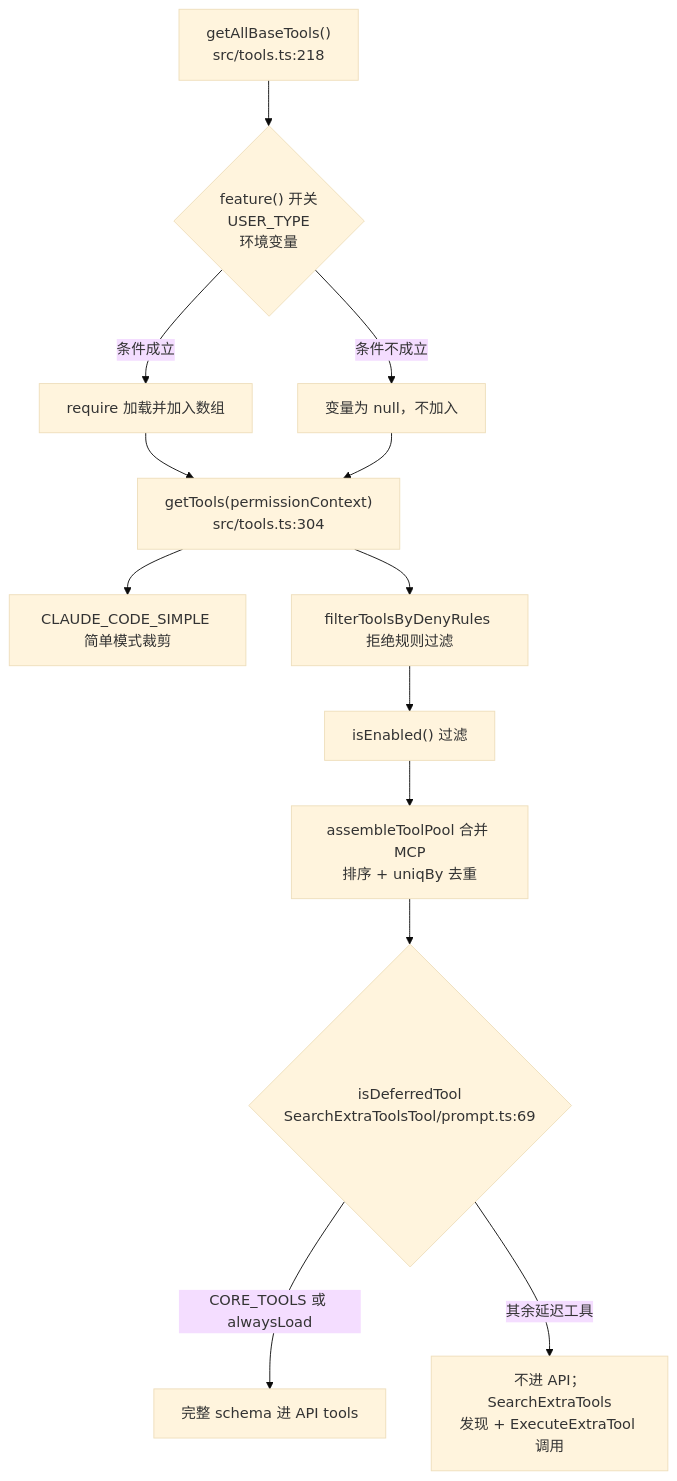
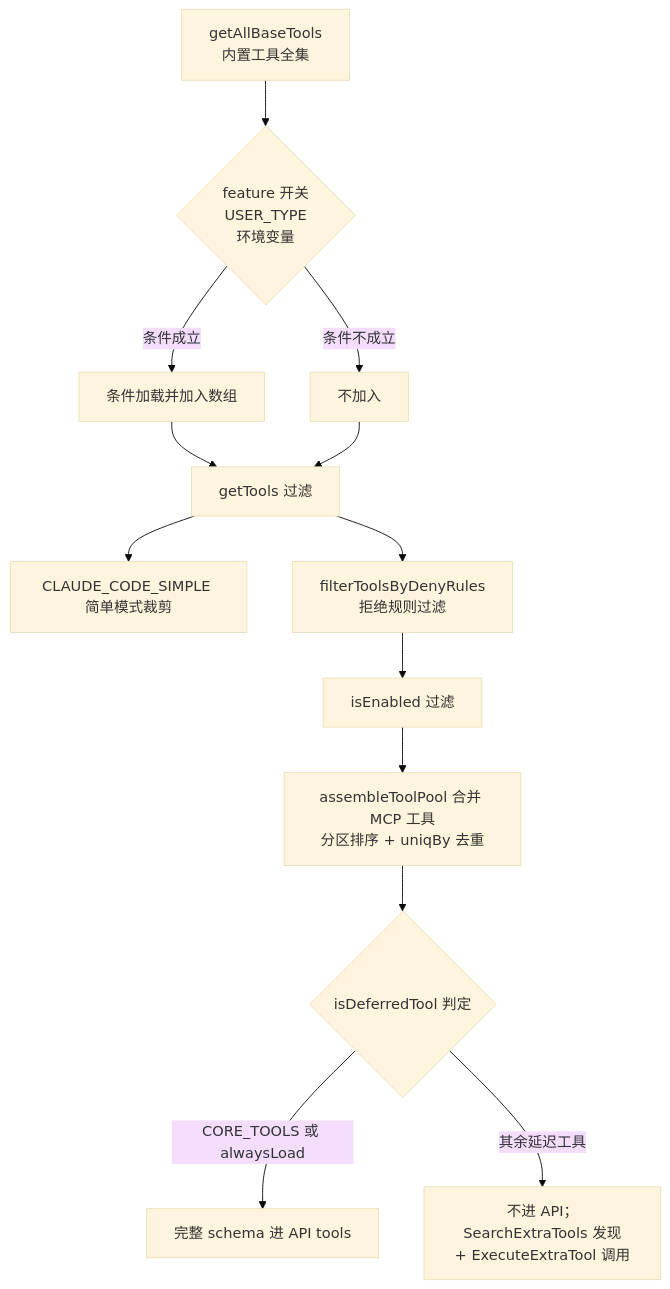
One commit to c926694/obsidian_note changed the fourth of 5 diagrams in agent/learn-cc/tool.md. Above: the diagram before and after it, drawn with Mermaid (base theme). The commit also changed other lines of this file and 6 other files, not shown here.

````diff
--- a/agent/learn-cc/tool.md
+++ b/agent/learn-cc/tool.md
@@ -185,15 +315,15 @@
 ```mermaid
 flowchart TD
-    A["getAllBaseTools()<br/>src/tools.ts:218"] --> B{"feature() 开关<br/>USER_TYPE<br/>环境变量"}
-    B -->|条件成立| C["require 加载并加入数组"]
-    B -->|条件不成立| D["变量为 null，不加入"]
-    C --> E["getTools(permissionContext)<br/>src/tools.ts:304"]
+    A["getAllBaseTools<br/>内置工具全集"] --> B{"feature 开关<br/>USER_TYPE<br/>环境变量"}
+    B -->|"条件成立"| C["条件加载并加入数组"]
+    B -->|"条件不成立"| D["不加入"]
+    C --> E["getTools 过滤"]
     D --> E
     E --> F["CLAUDE_CODE_SIMPLE 简单模式裁剪"]
-    E --> G["filterToolsByDenyRules 拒绝规则过滤"]
-    G --> H["isEnabled() 过滤"]
-    H --> I["assembleToolPool 合并 MCP<br/>排序 + uniqBy 去重"]
-    I --> J{"isDeferredTool<br/>SearchExtraToolsTool/prompt.ts:69"}
-    J -->|CORE_TOOLS 或 alwaysLoad| K["完整 schema 进 API tools"]
-    J -->|其余延迟工具| L["不进 API；SearchExtraTools<br/>发现 + ExecuteExtraTool 调用"]
+    E --> G["filterToolsByDenyRules<br/>拒绝规则过滤"]
+    G --> H["isEnabled 过滤"]
+    H --> I["assembleToolPool 合并 MCP 工具<br/>分区排序 + uniqBy 去重"]
+    I --> J{"isDeferredTool 判定"}
+    J -->|"CORE_TOOLS 或 alwaysLoad"| K["完整 schema 进 API tools"]
+    J -->|"其余延迟工具"| L["不进 API；SearchExtraTools 发现<br/>+ ExecuteExtraTool 调用"]
 ```
````
